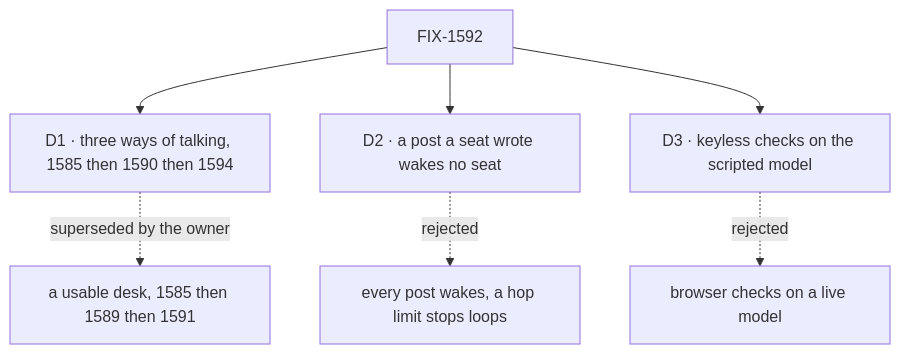
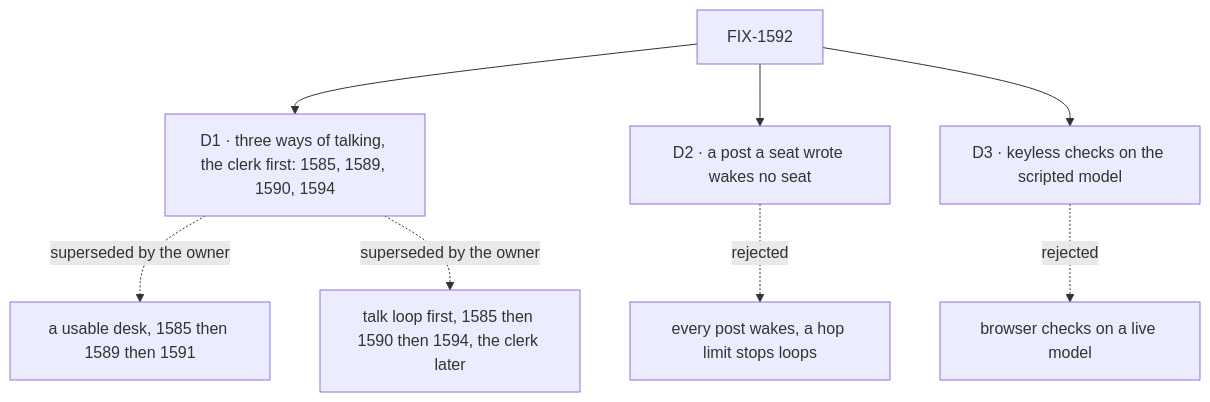
The diagram in specs/epics/FIX-1592/DECISIONS.md (fixpoint-labs/flow-state-dev), drawn with Mermaid before and after one commit. The commit also changed other lines of this file and 8 other files, not shown here.

````diff
--- a/specs/epics/FIX-1592/DECISIONS.md
+++ b/specs/epics/FIX-1592/DECISIONS.md
@@ -10,9 +11,10 @@
 ```mermaid
 flowchart TD
-  E["FIX-1592"] --> D1["D1 · three ways of talking, 1585 then 1590 then 1594"]
+  E["FIX-1592"] --> D1["D1 · three ways of talking, the clerk first: 1585, 1589, 1590, 1594"]
   D1 -.->|"superseded by the owner"| X1["a usable desk, 1585 then 1589 then 1591"]
+  D1 -.->|"superseded by the owner"| X1b["talk loop first, 1585 then 1590 then 1594, the clerk later"]
   E --> D2["D2 · a post a seat wrote wakes no seat"]
   D2 -.->|"rejected"| X2["every post wakes, a hop limit stops loops"]
   E --> D3["D3 · keyless checks on the scripted model"]
   D3 -.->|"rejected"| X3["browser checks on a live model"]
 ```
````
